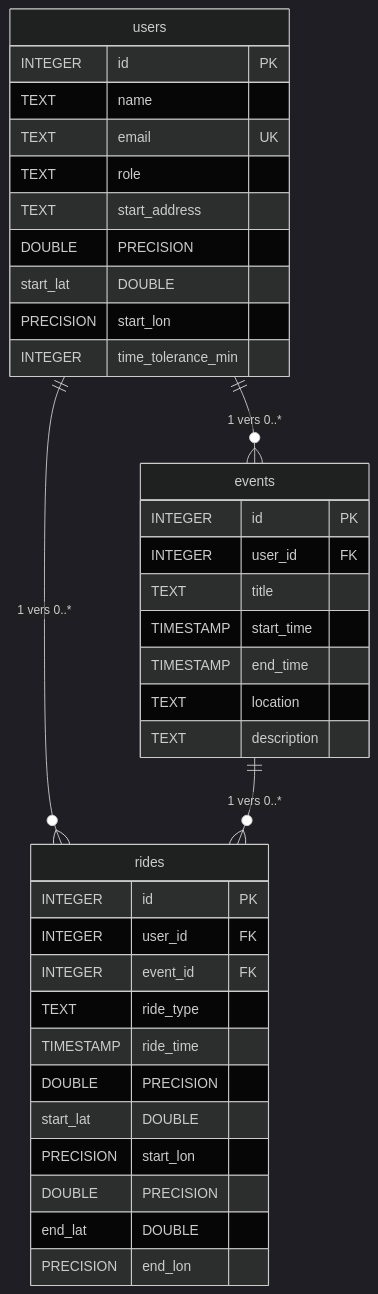
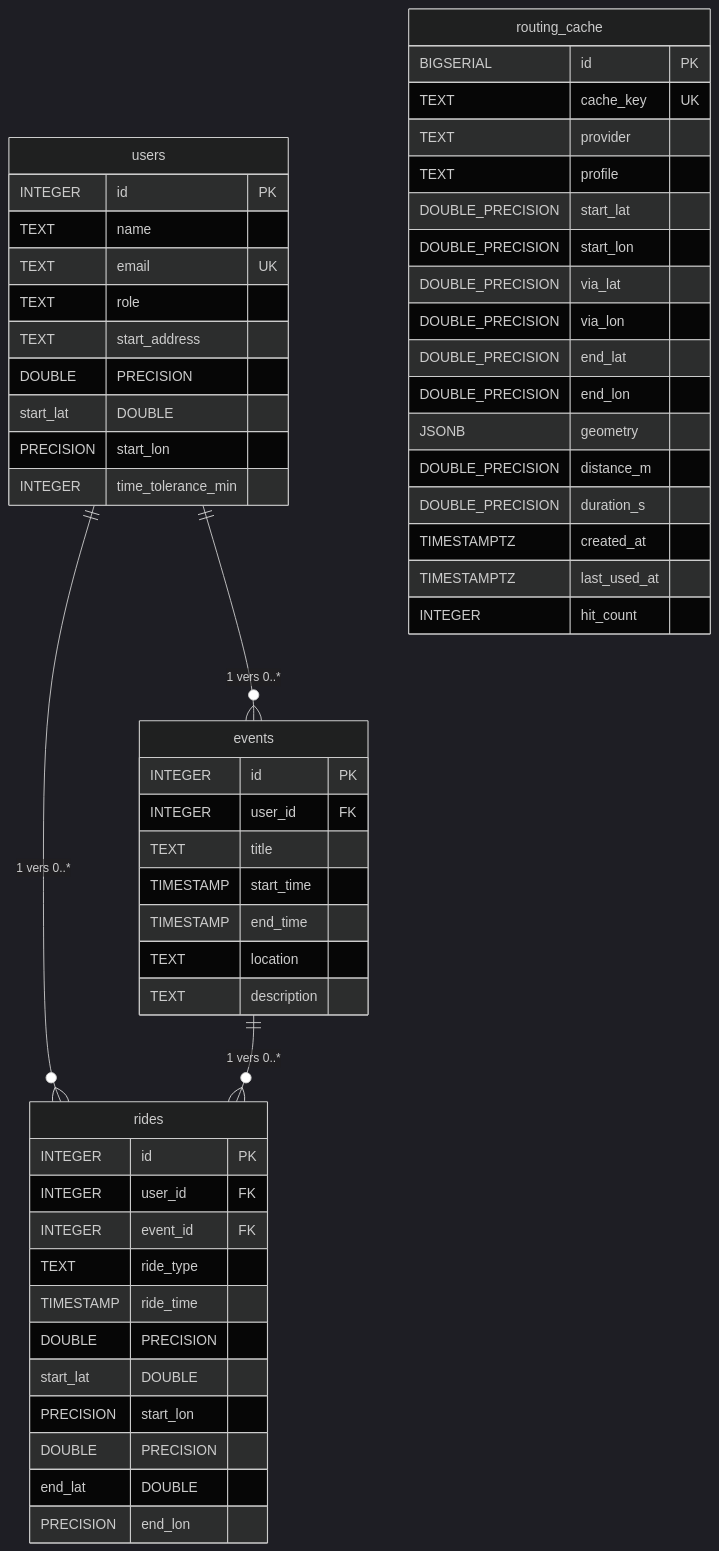
Before and after one commit to NaelFares/CNAM-I2-Project: the diagram in doc/DATABASE_SCHEMA.md, drawn with Mermaid (dark theme). The commit also changed other lines of this file and 13 other files, not shown here.

Commit message:
feat(routing) : ajout du cache persistant d'un itinéraire sans expiration pour limiter les appels ORS

````diff
--- a/doc/DATABASE_SCHEMA.md
+++ b/doc/DATABASE_SCHEMA.md
@@ -9,39 +11,58 @@
 ```mermaid
 erDiagram
     users ||--o{ events : "1 vers 0..*"
     users ||--o{ rides : "1 vers 0..*"
     events ||--o{ rides : "1 vers 0..*"
 
     users {
         INTEGER id PK
         TEXT name
         TEXT email UK
         TEXT role
         TEXT start_address
         DOUBLE PRECISION start_lat
         DOUBLE PRECISION start_lon
         INTEGER time_tolerance_min
     }
 
     events {
         INTEGER id PK
         INTEGER user_id FK
         TEXT title
         TIMESTAMP start_time
         TIMESTAMP end_time
         TEXT location
         TEXT description
     }
 
     rides {
         INTEGER id PK
         INTEGER user_id FK
         INTEGER event_id FK
         TEXT ride_type
         TIMESTAMP ride_time
         DOUBLE PRECISION start_lat
         DOUBLE PRECISION start_lon
         DOUBLE PRECISION end_lat
         DOUBLE PRECISION end_lon
     }
+
+    routing_cache {
+        BIGSERIAL id PK
+        TEXT cache_key UK
+        TEXT provider
+        TEXT profile
+        DOUBLE_PRECISION start_lat
+        DOUBLE_PRECISION start_lon
+        DOUBLE_PRECISION via_lat
+        DOUBLE_PRECISION via_lon
+        DOUBLE_PRECISION end_lat
+        DOUBLE_PRECISION end_lon
+        JSONB geometry
+        DOUBLE_PRECISION distance_m
+        DOUBLE_PRECISION duration_s
+        TIMESTAMPTZ created_at
+        TIMESTAMPTZ last_used_at
+        INTEGER hit_count
+    }
 ```
````
